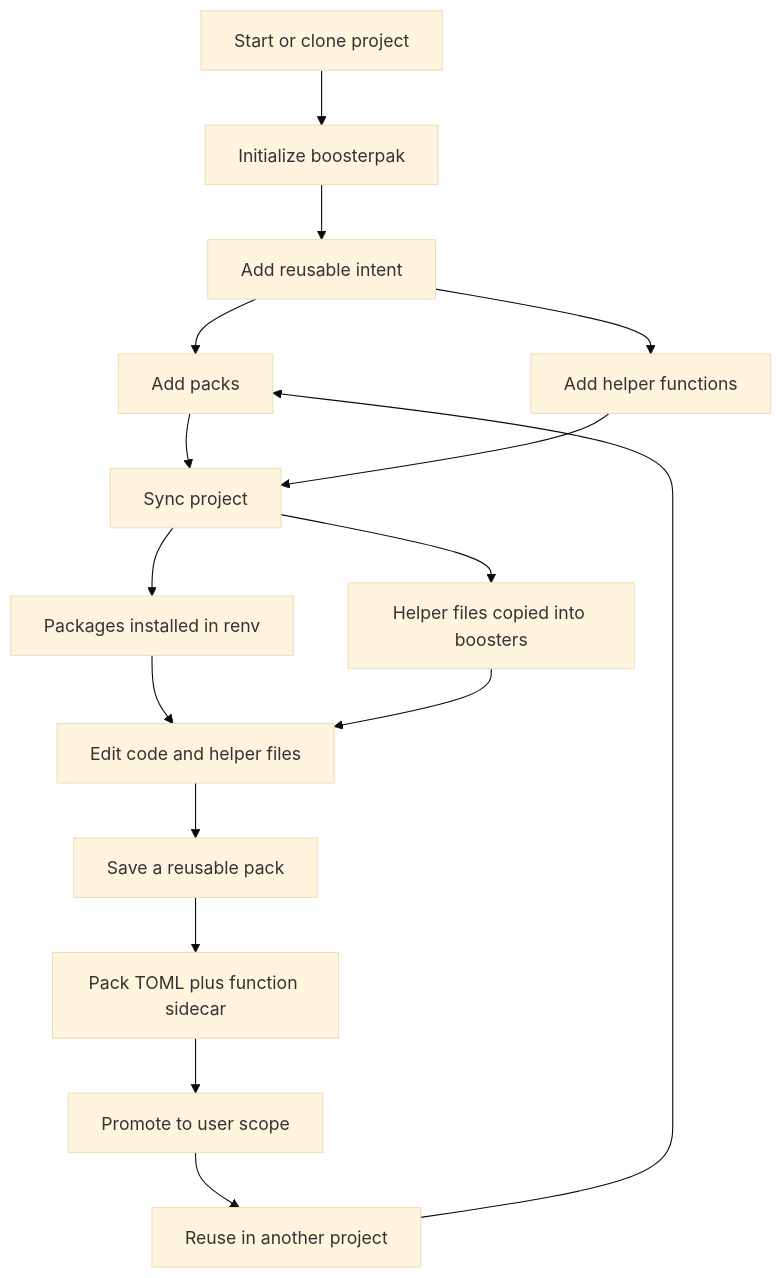
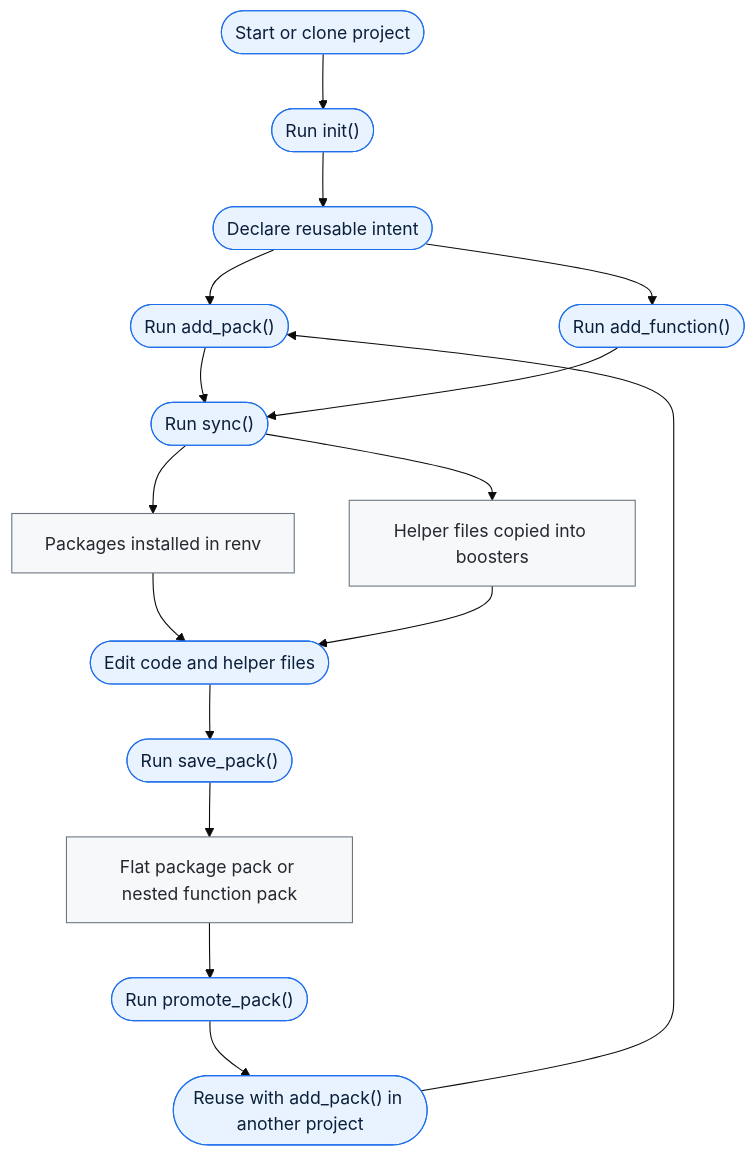
Before and after one commit to seanthimons/boosterpak: the diagram in vignettes/getting-started.qmd, drawn with Mermaid (base theme). The commit also changed other lines of this file and 19 other files, not shown here.

````diff
--- a/vignettes/getting-started.qmd
+++ b/vignettes/getting-started.qmd
@@ -21,18 +21,23 @@
 ```{mermaid}
 flowchart TD
-  A[Start or clone project] --> B[Initialize boosterpak]
-  B --> C[Add reusable intent]
-  C --> D[Add packs]
-  C --> E[Add helper functions]
-  D --> F[Sync project]
+  A([Start or clone project]) --> B(["Run init()"])
+  B --> C([Declare reusable intent])
+  C --> D(["Run add_pack()"])
+  C --> E(["Run add_function()"])
+  D --> F(["Run sync()"])
   E --> F
   F --> G[Packages installed in renv]
   F --> H[Helper files copied into boosters]
-  G --> I[Edit code and helper files]
+  G --> I([Edit code and helper files])
   H --> I
-  I --> J[Save a reusable pack]
-  J --> K[Pack TOML plus function sidecar]
-  K --> L[Promote to user scope]
-  L --> M[Reuse in another project]
+  I --> J(["Run save_pack()"])
+  J --> K[Flat package pack or nested function pack]
+  K --> L(["Run promote_pack()"])
+  L --> M(["Reuse with add_pack() in another project"])
   M --> D
+
+  classDef userAction fill:#e8f3ff,stroke:#1f6feb,color:#0b1f3a;
+  classDef packageAction fill:#f6f8fa,stroke:#6e7781,color:#24292f;
+  class A,B,C,D,E,F,I,J,L,M userAction;
+  class G,H,K packageAction;
 ```
````
